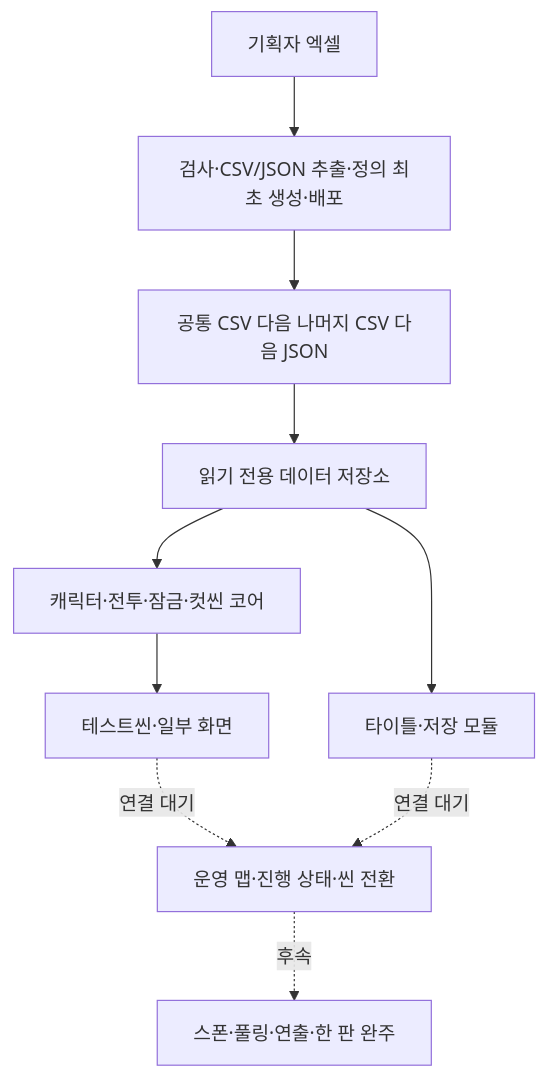
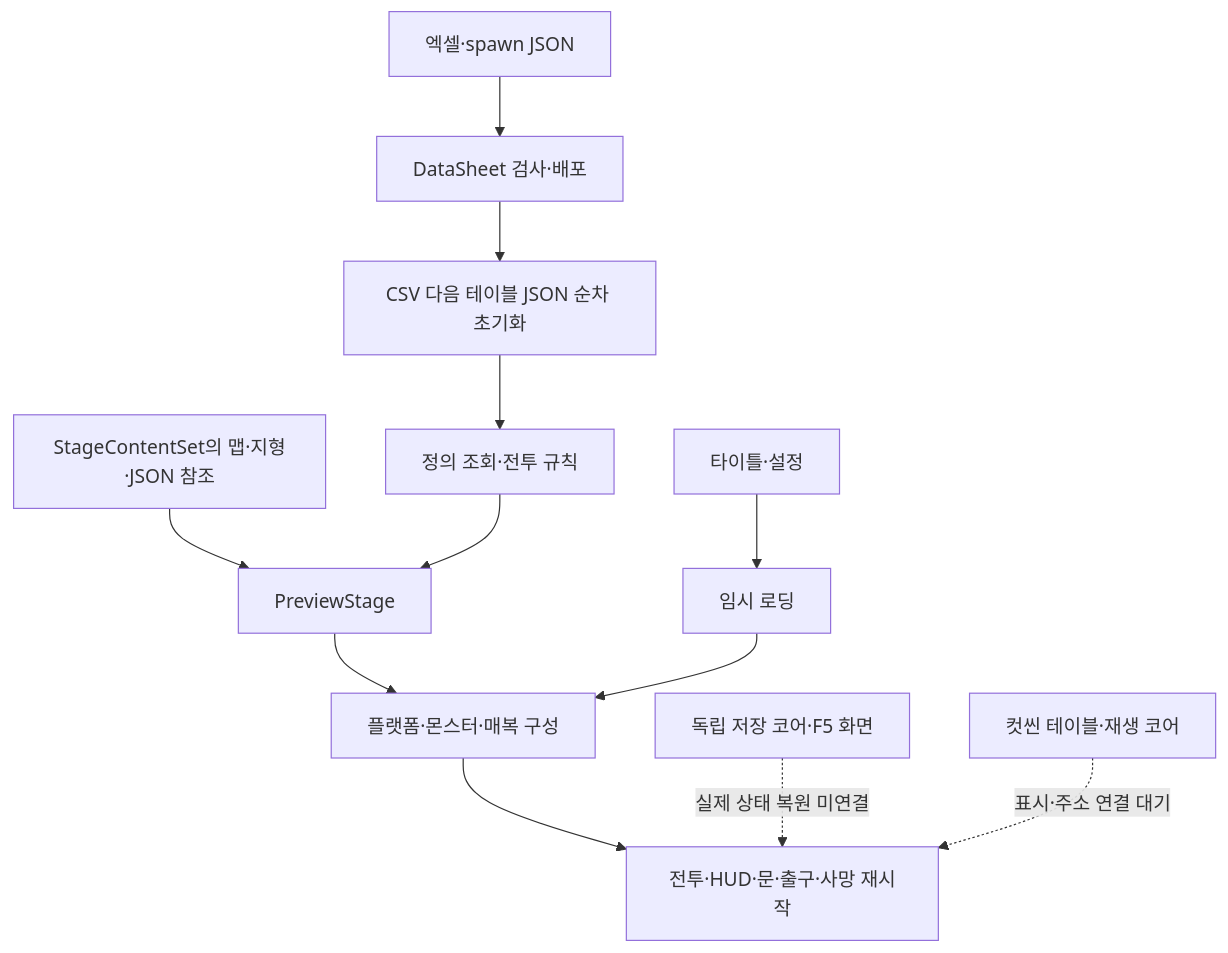
The diagram in Docs/현재 구현과 검증 현황.md (lkhwcf-arch/Human_Ghost-), drawn with Mermaid before and after one commit. The commit also changed other lines of this file and 29 other files, not shown here.

````diff
--- a/Docs/현재 구현과 검증 현황.md
+++ b/Docs/현재 구현과 검증 현황.md
@@ -9,12 +7,14 @@
 ```mermaid
 flowchart TD
-    A[기획자 엑셀] --> B[검사·CSV/JSON 추출·정의 최초 생성·배포]
-    B --> C[공통 CSV 다음 나머지 CSV 다음 JSON]
-    C --> D[읽기 전용 데이터 저장소]
-    D --> E[캐릭터·전투·잠금·컷씬 코어]
-    E --> F[테스트씬·일부 화면]
-    D --> G[타이틀·저장 모듈]
-    F -.연결 대기.-> H[운영 맵·진행 상태·씬 전환]
-    G -.연결 대기.-> H
-    H -.후속.-> I[스폰·풀링·연출·한 판 완주]
+    A[엑셀·spawn JSON] --> B[DataSheet 검사·배포]
+    B --> C[CSV 다음 테이블 JSON 순차 초기화]
+    C --> D[정의 조회·전투 규칙]
+    E[StageContentSet의 맵·지형·JSON 참조] --> F[PreviewStage]
+    D --> F
+    F --> G[플랫폼·몬스터·매복 구성]
+    H[타이틀·설정] --> I[임시 로딩]
+    I --> G
+    G --> J[전투·HUD·문·출구·사망 재시작]
+    K[독립 저장 코어·F5 화면] -.실제 상태 복원 미연결.-> J
+    L[컷씬 테이블·재생 코어] -.표시·주소 연결 대기.-> J
 ```
````
